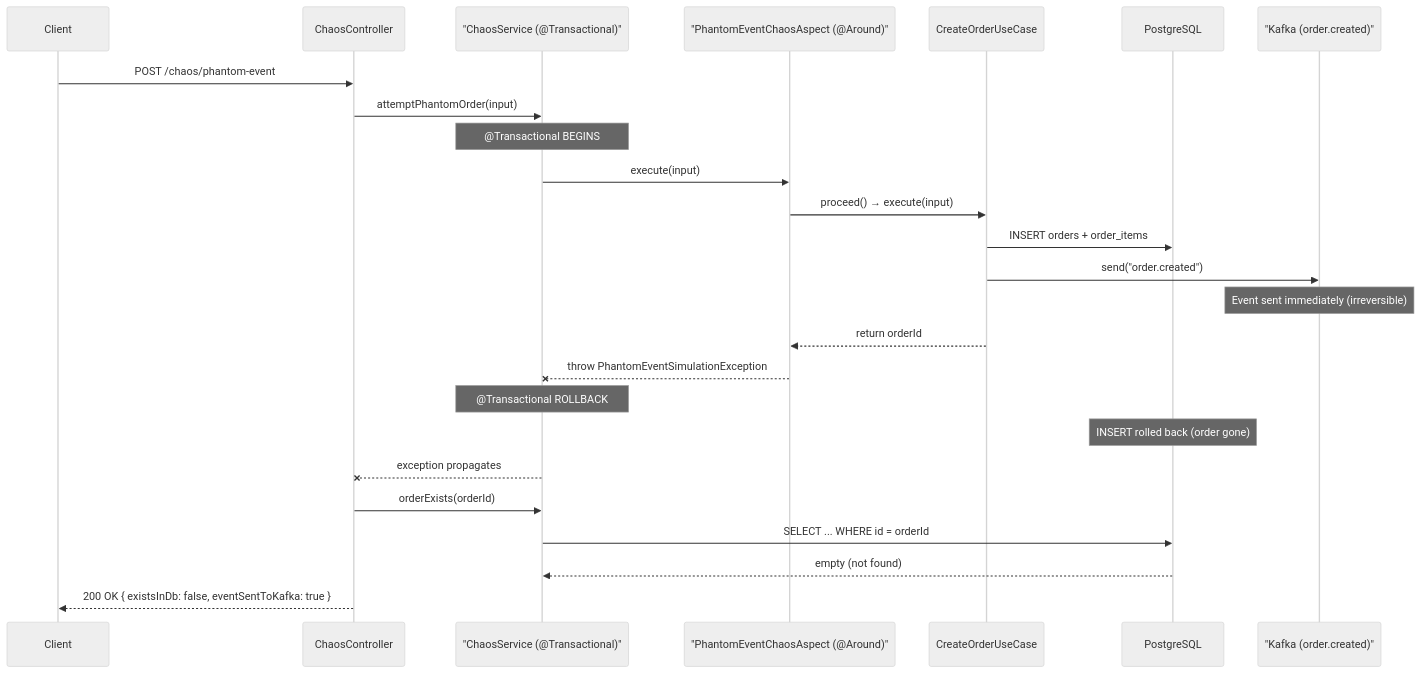
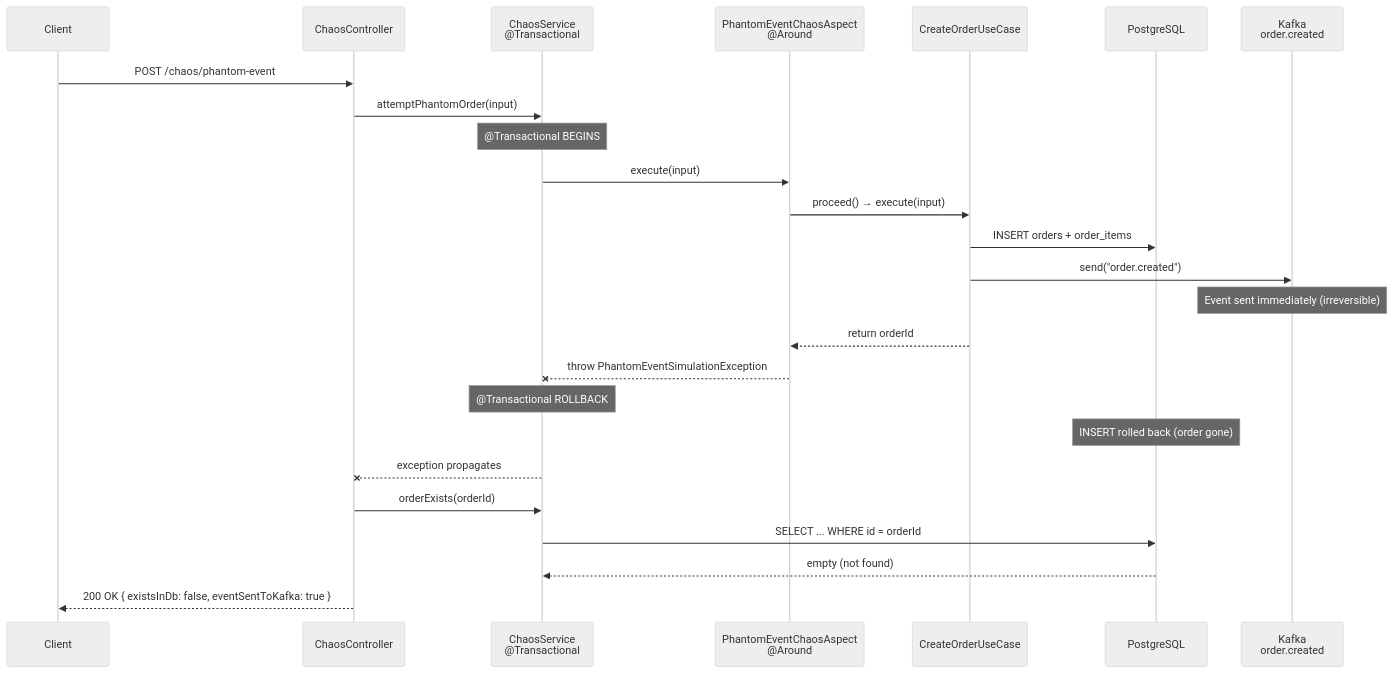
One commit to andrelucasti/mars-enterprise-kit-lite changed the seventh of 7 diagrams in README.md. Above: the diagram before and after it, drawn with Mermaid (neutral theme). The commit also changed other lines of this file, not shown here.

First line of the commit message:
docs(readme): fix Mermaid sequence diagrams not rendering on GitHub

````diff
--- a/README.md
+++ b/README.md
@@ -627,28 +627,28 @@
 ```mermaid
 sequenceDiagram
     participant Client as Client
     participant CC as ChaosController
-    participant SVC as "ChaosService (@Transactional)"
-    participant AOP as "PhantomEventChaosAspect (@Around)"
+    participant SVC as ChaosService<br/>@Transactional
+    participant AOP as PhantomEventChaosAspect<br/>@Around
     participant UC as CreateOrderUseCase
     participant DB as PostgreSQL
-    participant K as "Kafka (order.created)"
+    participant K as Kafka<br/>order.created
 
     Client->>CC: POST /chaos/phantom-event
     CC->>SVC: attemptPhantomOrder(input)
     Note over SVC: @Transactional BEGINS
     SVC->>AOP: execute(input)
     AOP->>UC: proceed() → execute(input)
     UC->>DB: INSERT orders + order_items
     UC->>K: send("order.created")
     Note over K: Event sent immediately (irreversible)
     UC-->>AOP: return orderId
     AOP--xSVC: throw PhantomEventSimulationException
     Note over SVC: @Transactional ROLLBACK
     Note over DB: INSERT rolled back (order gone)
     SVC--xCC: exception propagates
     CC->>SVC: orderExists(orderId)
     SVC->>DB: SELECT ... WHERE id = orderId
     DB-->>SVC: empty (not found)
     CC-->>Client: 200 OK { existsInDb: false, eventSentToKafka: true }
 ```
````
